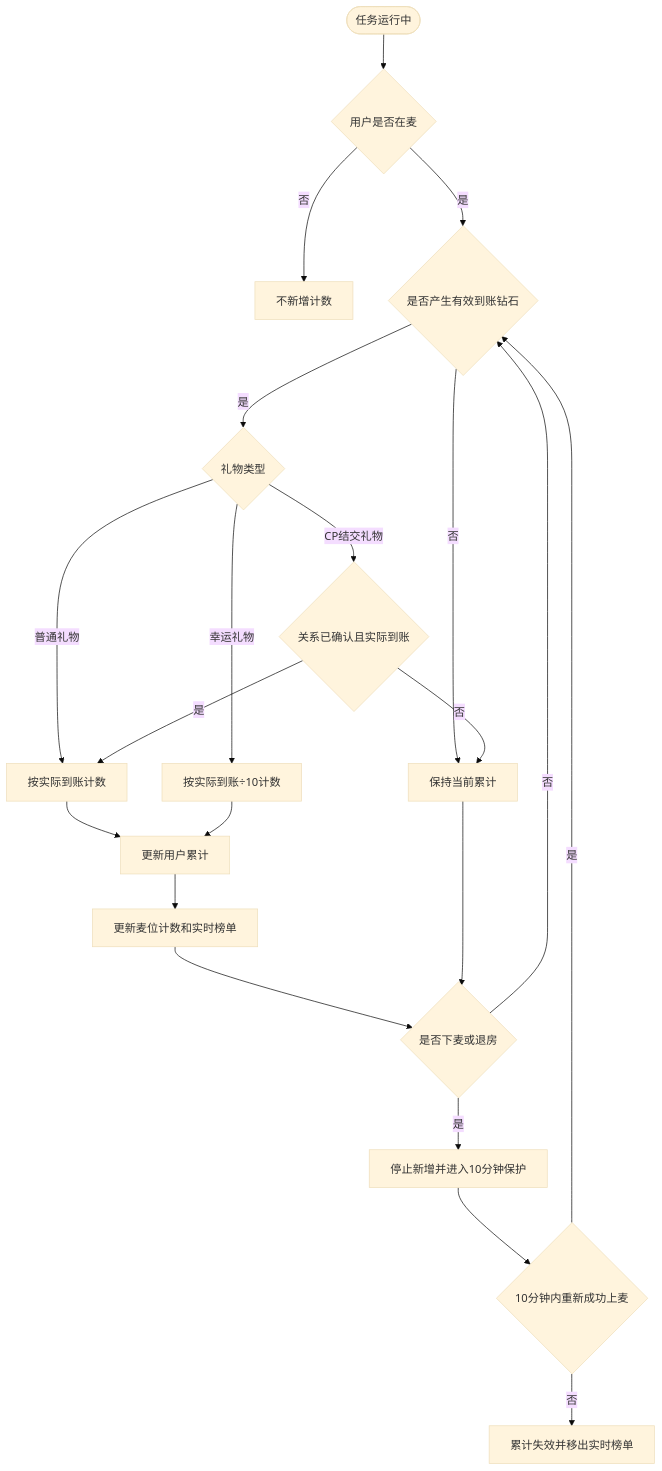
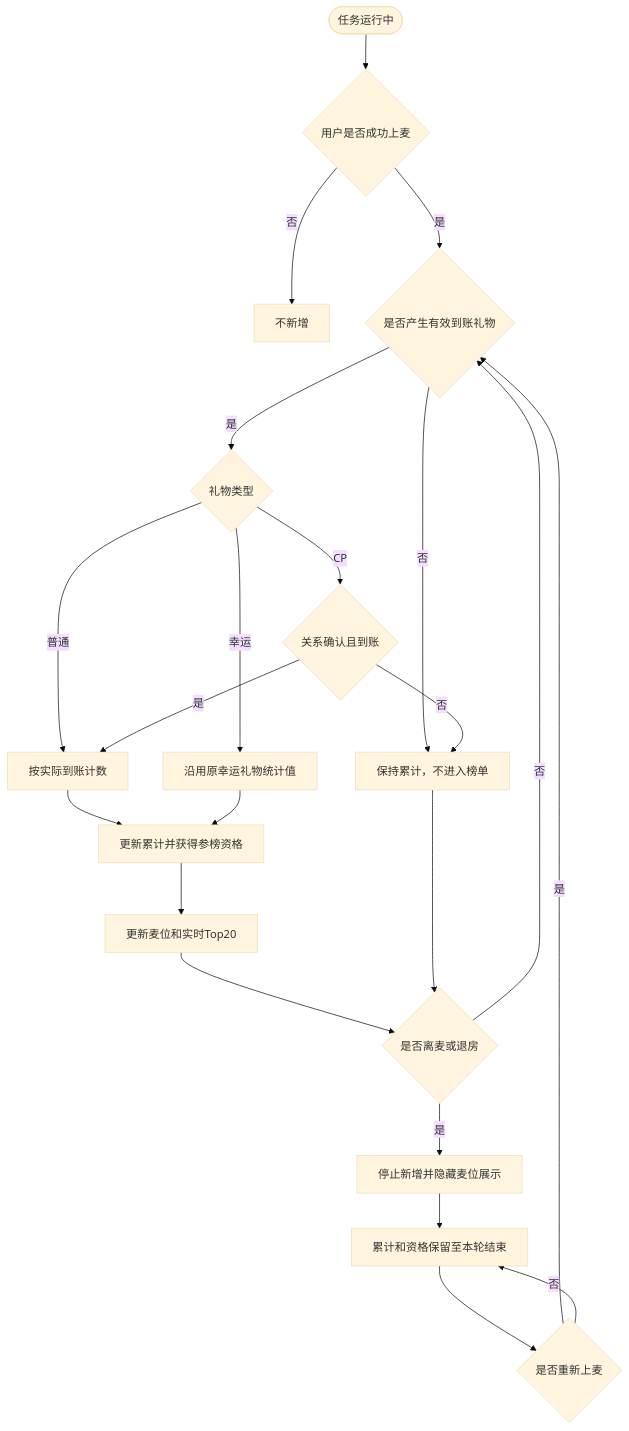
Before and after one commit to Chawucikela/TOP-KHALIJ: the second of 5 diagrams in 钻石计数器/钻石计数器-PRD.md, drawn with Mermaid (base theme). The commit also changed other lines of this file and 16 other files, not shown here.

````diff
--- a/钻石计数器/钻石计数器-PRD.md
+++ b/钻石计数器/钻石计数器-PRD.md
@@ -569,23 +349,24 @@
 ```mermaid
 flowchart TD
-    A([任务运行中]) --> B{用户是否在麦}
-    B -- 否 --> C[不新增计数]
-    B -- 是 --> D{是否产生有效到账钻石}
-    D -- 否 --> E[保持当前累计]
-    D -- 是 --> F{礼物类型}
-    F -- 普通礼物 --> G[按实际到账计数]
-    F -- 幸运礼物 --> H[按实际到账÷10计数]
-    F -- CP结交礼物 --> I{关系已确认且实际到账}
-    I -- 否 --> E
-    I -- 是 --> G
-    G --> J[更新用户累计]
-    H --> J
-    J --> K[更新麦位计数和实时榜单]
-    K --> L{是否下麦或退房}
-    E --> L
-    L -- 否 --> D
-    L -- 是 --> M[停止新增并进入10分钟保护]
-    M --> N{10分钟内重新成功上麦}
-    N -- 是 --> D
-    N -- 否 --> O[累计失效并移出实时榜单]
+ A([任务运行中]) --> B{用户是否成功上麦}
+ B -- 否 --> C[不新增]
+ B -- 是 --> D{是否产生有效到账礼物}
+ D -- 否 --> E[保持累计，不进入榜单]
+ D -- 是 --> F{礼物类型}
+ F -- 普通 --> G[按实际到账计数]
+ F -- 幸运 --> H[沿用原幸运礼物统计值]
+ F -- CP --> I{关系确认且到账}
+ I -- 否 --> E
+ I -- 是 --> G
+ G --> J[更新累计并获得参榜资格]
+ H --> J
+ J --> K[更新麦位和实时Top20]
+ K --> L{是否离麦或退房}
+ E --> L
+ L -- 否 --> D
+ L -- 是 --> M[停止新增并隐藏麦位展示]
+ M --> N[累计和资格保留至本轮结束]
+ N --> O{是否重新上麦}
+ O -- 是 --> D
+ O -- 否 --> N
 ```
````
